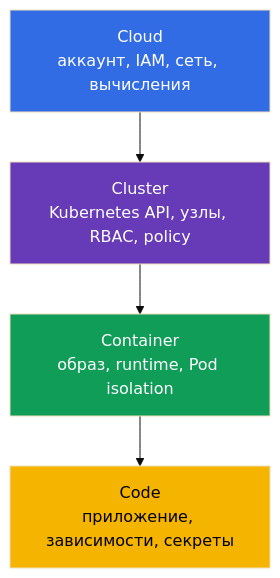
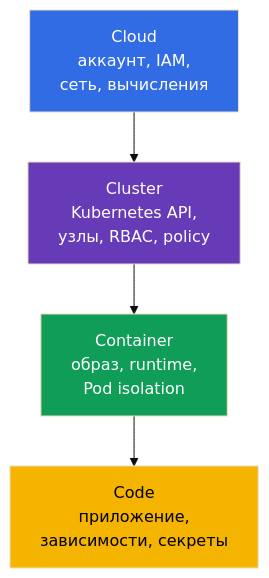
The first of 3 diagrams in tasks/kcsa/course/03/ru.md (ViktorUJ/cks), drawn with Mermaid (base theme) before and after one commit. The commit also changed other lines of this file and 60 other files, not shown here.

````diff
--- a/tasks/kcsa/course/03/ru.md
+++ b/tasks/kcsa/course/03/ru.md
@@ -18,12 +18,12 @@
 ```mermaid
 flowchart TB
-    cloud["Cloud<br/>аккаунт, IAM, сеть, вычисления"]
-    cluster["Cluster<br/>Kubernetes API, узлы, RBAC, policy"]
-    container["Container<br/>образ, runtime, Pod isolation"]
-    code["Code<br/>приложение, зависимости, секреты"]
+    cloud["Cloud<br/>аккаунт, IAM,<br/>сеть, вычисления"]
+    cluster["Cluster<br/>Kubernetes API,<br/>узлы, RBAC, policy"]
+    container["Container<br/>образ, runtime,<br/>Pod isolation"]
+    code["Code<br/>приложение,<br/>зависимости, секреты"]
     cloud --> cluster --> container --> code
     style cloud fill:#326ce5,color:#fff
     style cluster fill:#673ab7,color:#fff
     style container fill:#0f9d58,color:#fff
     style code fill:#f4b400,color:#000
 ```
````
